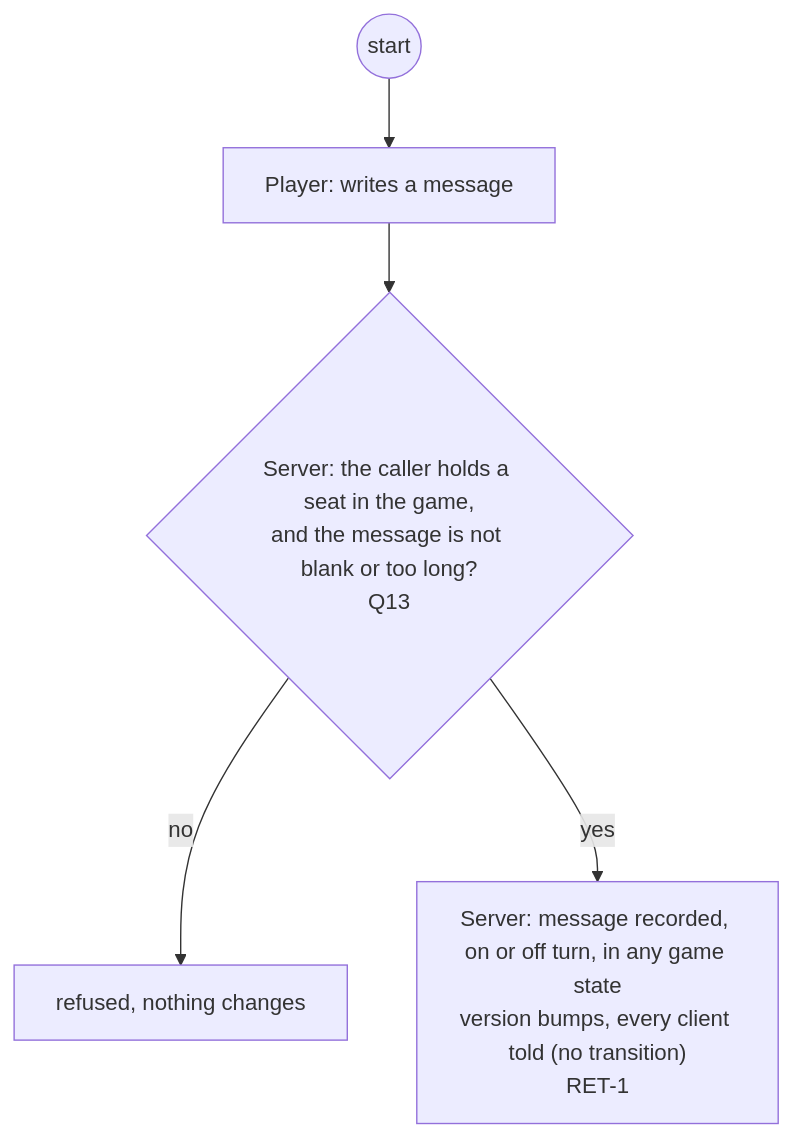
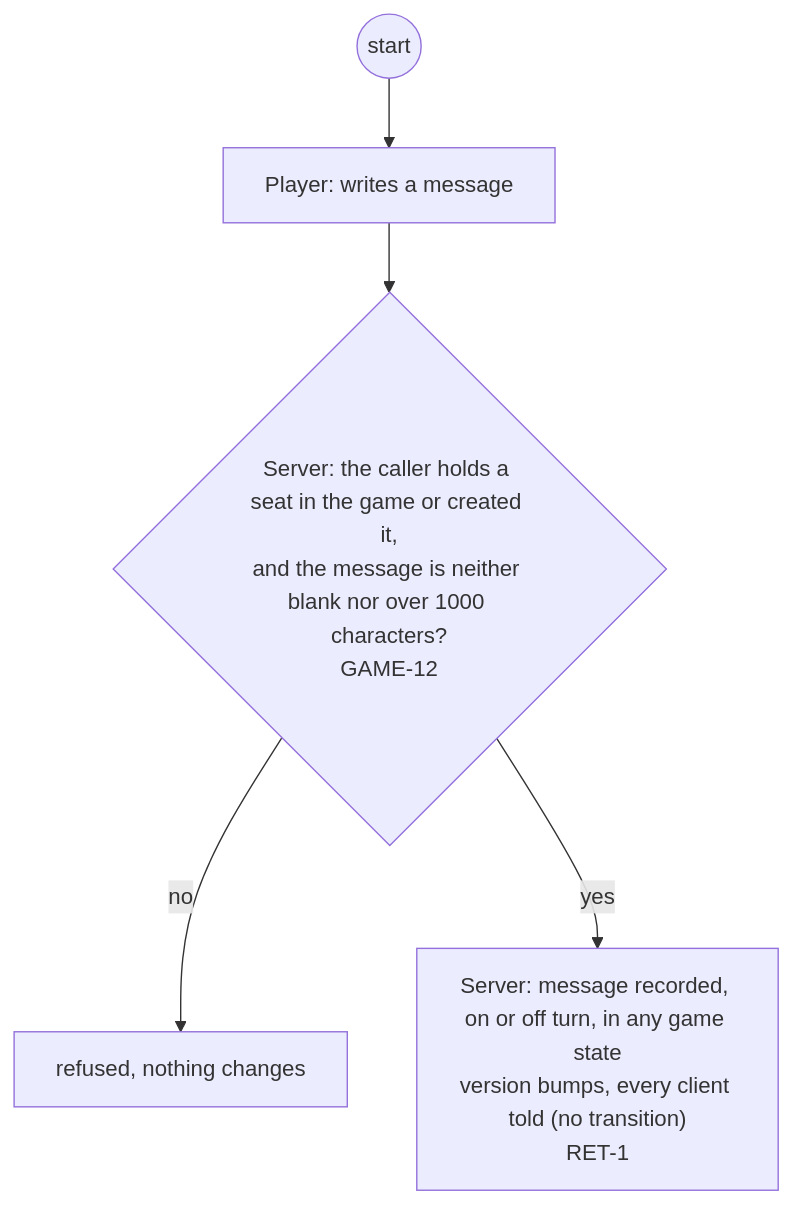
One commit to delphside/tile-lite-elite changed diagram 17 of 31 in docs/changes/workstreams/application-game-architecture/71-one-game-model/71-functional.md. Above: the diagram before and after it, drawn with Mermaid. The commit also changed other lines of this file and 2 other files, not shown here.

First line of the commit message:
app 0.9.2 api 2.16: GAME-12, who may chat, and the creator is always shown

````diff
--- a/docs/changes/workstreams/application-game-architecture/71-one-game-model/71-functional.md
+++ b/docs/changes/workstreams/application-game-architecture/71-one-game-model/71-functional.md
@@ -342,7 +342,7 @@
 ```mermaid
 flowchart TD
   s0((start)) --> p1["Player: writes a message"]
-  p1 --> v1{"Server: the caller holds a seat in the game,<br/>and the message is not blank or too long?<br/>Q13"}
+  p1 --> v1{"Server: the caller holds a seat in the game or created it,<br/>and the message is neither blank nor over 1000 characters?<br/>GAME-12"}
   v1 -- no --> r1["refused, nothing changes"]
   v1 -- yes --> t1["Server: message recorded, on or off turn, in any game state<br/>version bumps, every client told (no transition)<br/>RET-1"]
 ```
````
